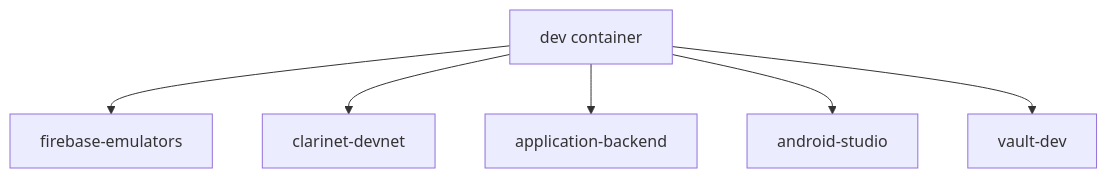
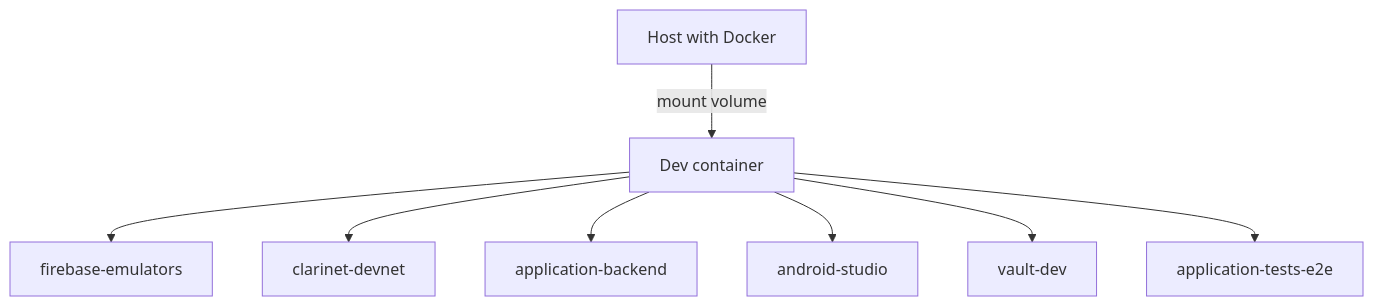
Before and after one commit to vegito-app/local: the first of 2 diagrams in README.fr.md, drawn with Mermaid. The commit also changed other lines of this file and 2 other files, not shown here.

First line of the commit message:
docs(readme): refactor startup sequence and architecture information

````diff
--- a/README.fr.md
+++ b/README.fr.md
@@ -21,8 +25,10 @@
 ```mermaid
 graph TD
-  A[dev container] --> B[firebase-emulators]
-  A --> C[clarinet-devnet]
-  A --> D[application-backend]
-  A --> E[android-studio]
-  A --> F[vault-dev]
+  Host[Host with Docker] -->|mount volume| Dev[Dev container]
+  Dev --> Firebase[firebase-emulators]
+  Dev --> Clarinet[clarinet-devnet]
+  Dev --> Backend[application-backend]
+  Dev --> AndroidStudio[android-studio]
+  Dev --> Vault[vault-dev]
+  Dev --> Tests[application-tests-e2e]
 ```
````
